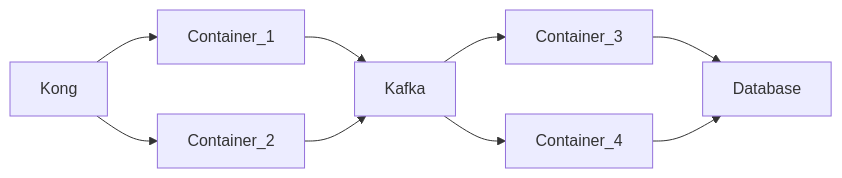
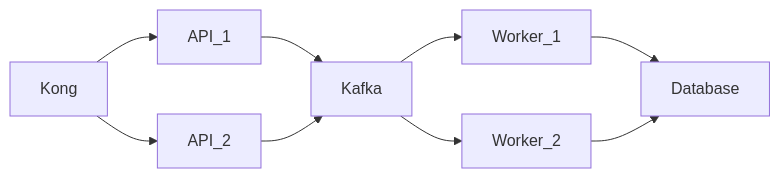
The diagram in README.md (ffelipelimao/1M-row-challenge), drawn with Mermaid before and after one commit.

````diff
--- a/README.md
+++ b/README.md
@@ -7,7 +7,7 @@
 ```mermaid
 graph LR;
-    Kong --> Container_1 & Container_2
-    Container_1 & Container_2 --> Kafka
-    Kafka --> Container_3 & Container_4
-    Container_3 & Container_4 --> Database
+    Kong --> API_1 & API_2
+    API_1 & API_2 --> Kafka
+    Kafka --> Worker_1 & Worker_2
+    Worker_1 & Worker_2 --> Database
 ```
````
